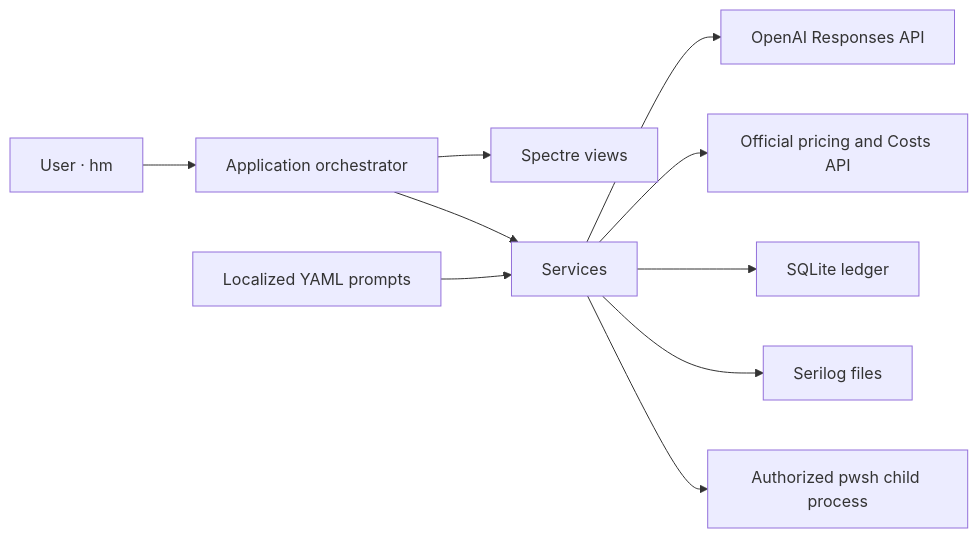
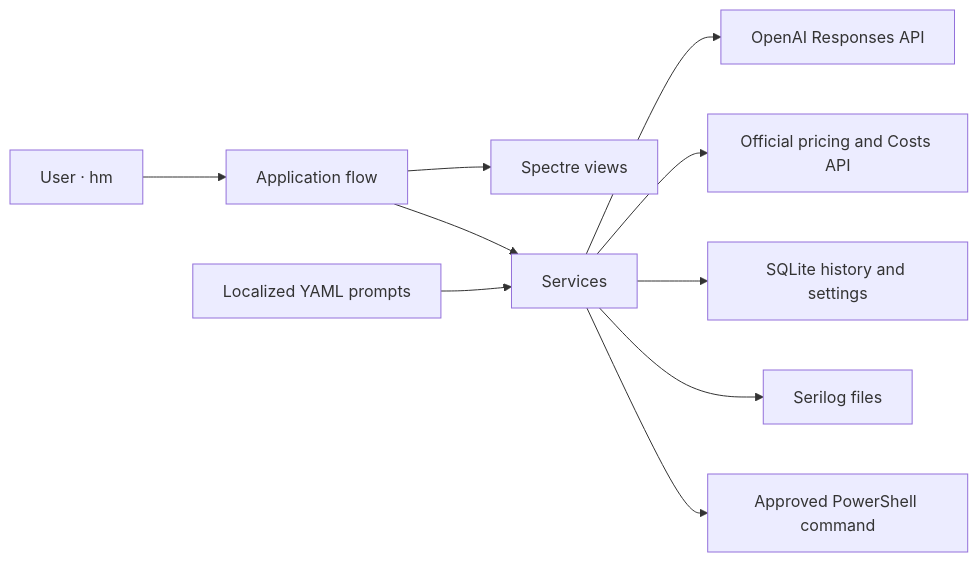
The first of 2 diagrams in docs/ARCHITECTURE.md (umbertotechnopreneur/PromptMeUp), drawn with Mermaid before and after one commit. The commit also changed other lines of this file and 20 other files, not shown here.

````diff
--- a/docs/ARCHITECTURE.md
+++ b/docs/ARCHITECTURE.md
@@ -5,12 +5,12 @@
 ```mermaid
 flowchart LR
-    U["User · hm"] --> A["Application orchestrator"]
+    U["User · hm"] --> A["Application flow"]
     A --> V["Spectre views"]
     A --> S["Services"]
     S --> O["OpenAI Responses API"]
     S --> P["Official pricing and Costs API"]
-    S --> D["SQLite ledger"]
+    S --> D["SQLite history and settings"]
     S --> L["Serilog files"]
-    S --> C["Authorized pwsh child process"]
+    S --> C["Approved PowerShell command"]
     Y["Localized YAML prompts"] --> S
 ```
````
